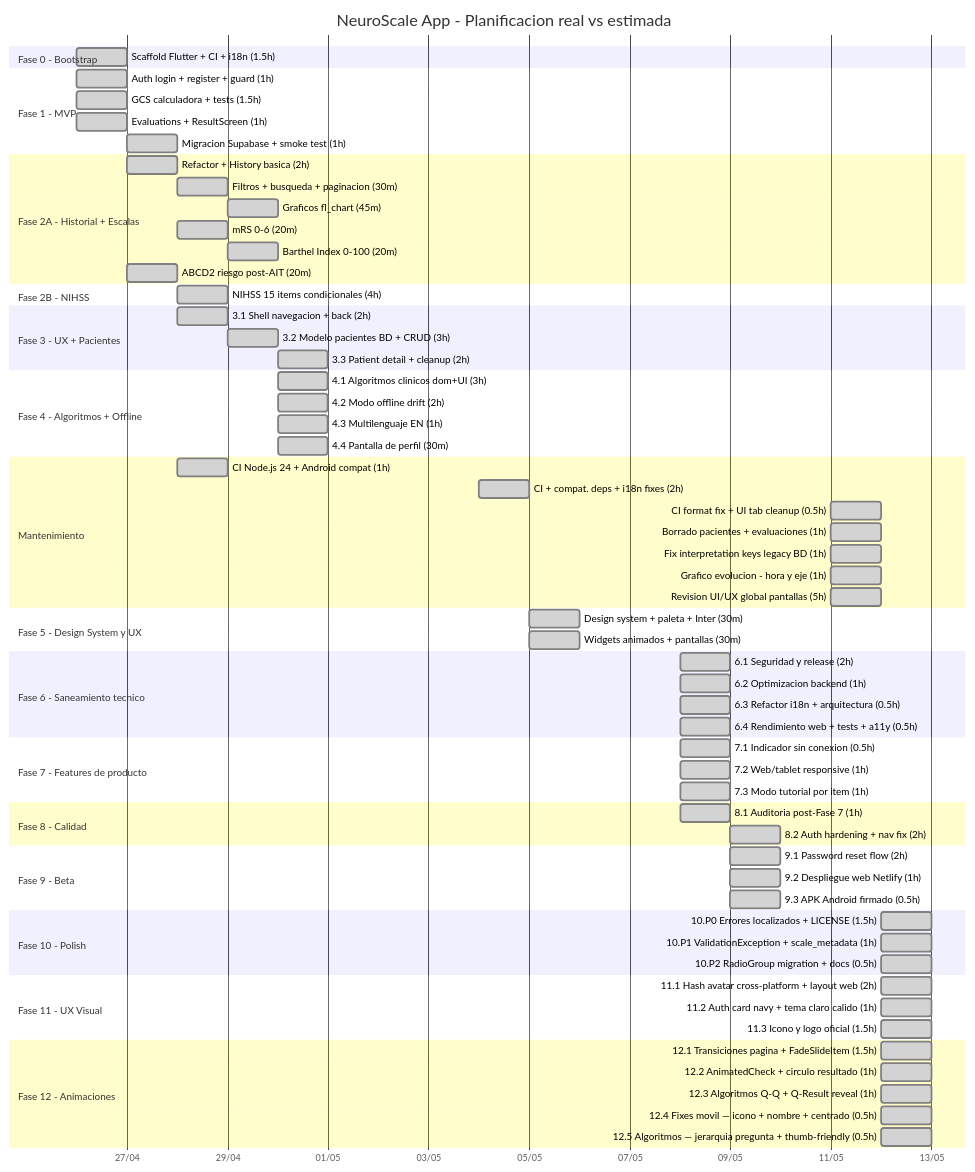
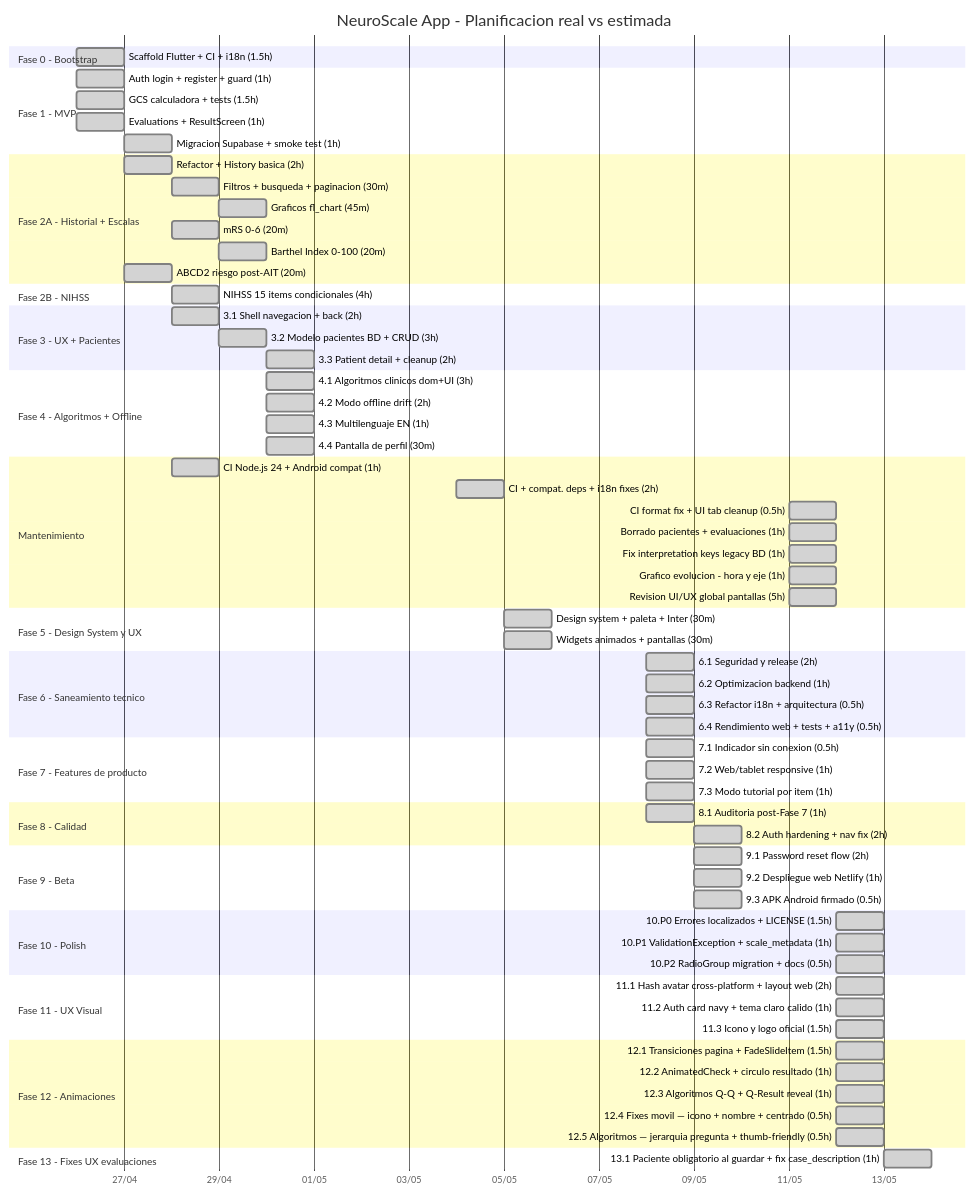
One commit to grisllo/NeuroScaleApp changed the diagram in README.md. Above: the diagram before and after it, drawn with Mermaid. The commit also changed other lines of this file and 1 other file, not shown here.

Commit message:
docs(gantt): Fase 13 — fixes UX evaluaciones, ~74h

````diff
--- a/README.md
+++ b/README.md
@@ -130,4 +130,7 @@
     12.3 Algoritmos Q-Q + Q-Result reveal (1h) :done, f12c, 2026-05-12, 1d
     12.4 Fixes movil — icono + nombre + centrado (0.5h) :done, f12d, 2026-05-12, 1d
     12.5 Algoritmos — jerarquia pregunta + thumb-friendly (0.5h) :done, f12e, 2026-05-12, 1d
+
+    section Fase 13 - Fixes UX evaluaciones
+    13.1 Paciente obligatorio al guardar + fix case_description (1h) :done, f13a, 2026-05-13, 1d
 ```
````
